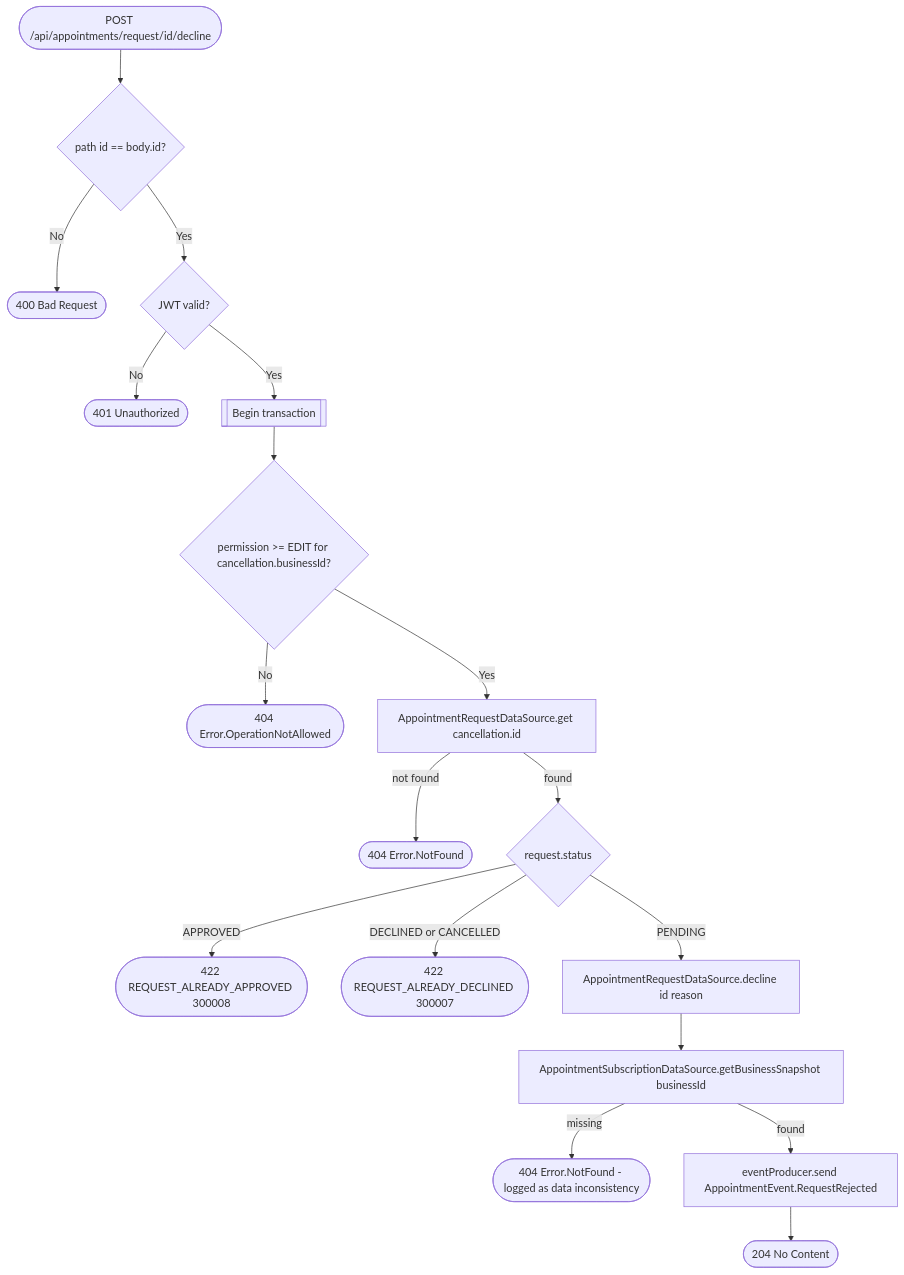
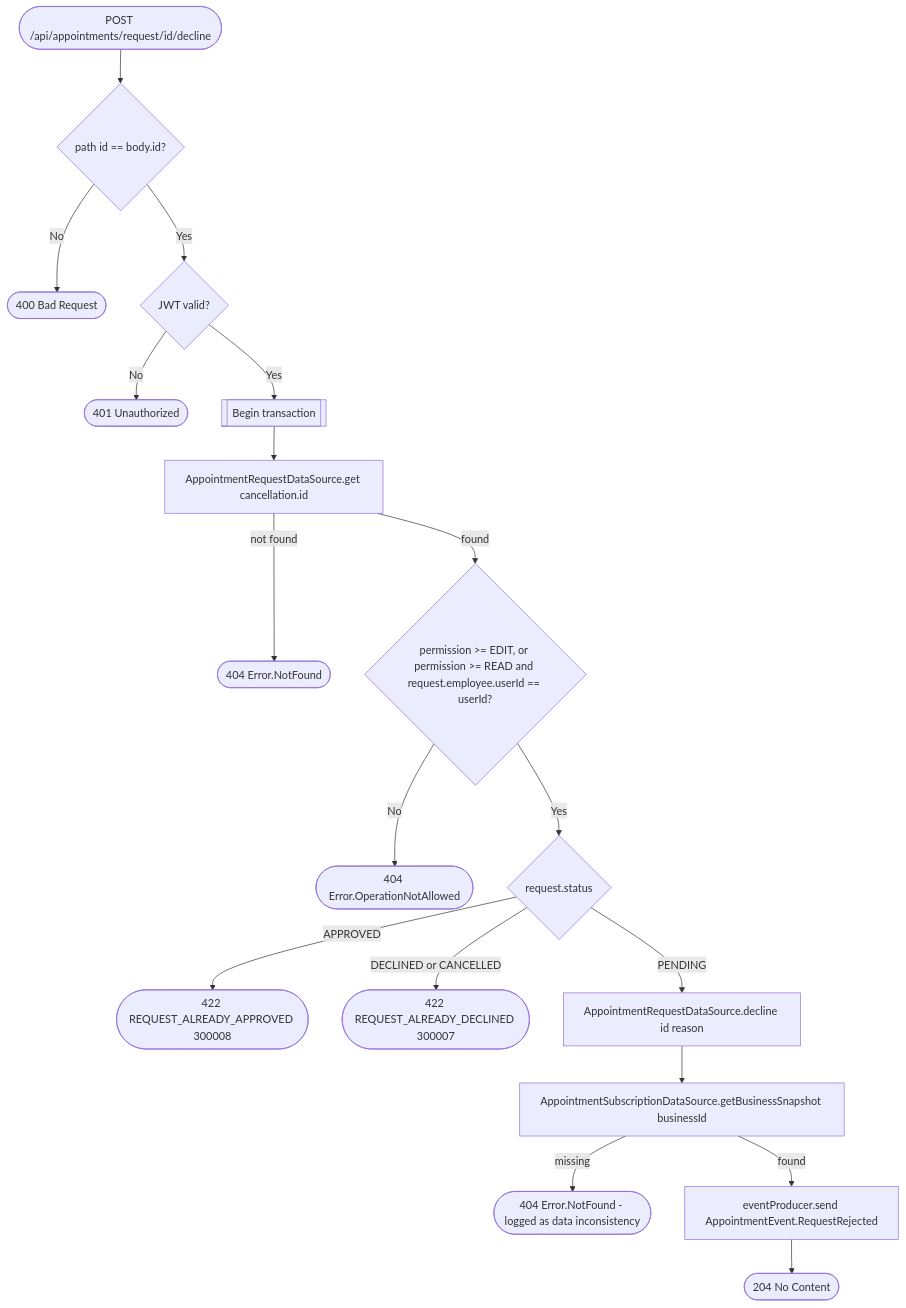
Before and after one commit to an22/bookk.me-backend: the diagram in docs/operations/appointments/decline-appointment-request.md, drawn with Mermaid. The commit also changed other lines of this file and 55 other files, not shown here.

Commit message:
[ISSUE-89] add permission so employee can change its own records even with READ permissions

````diff
--- a/docs/operations/appointments/decline-appointment-request.md
+++ b/docs/operations/appointments/decline-appointment-request.md
@@ -9,20 +12,20 @@
 ```mermaid
 flowchart TD
     Start([POST /api/appointments/request/id/decline]) --> PathCheck{path id == body.id?}
     PathCheck -- No --> R400([400 Bad Request])
     PathCheck -- Yes --> Auth{JWT valid?}
     Auth -- No --> R401([401 Unauthorized])
     Auth -- Yes --> Tx[[Begin transaction]]
-    Tx --> Perm{permission >= EDIT for cancellation.businessId?}
+    Tx --> Get[AppointmentRequestDataSource.get cancellation.id]
+    Get -- not found --> R404b([404 Error.NotFound])
+    Get -- found --> Perm{permission >= EDIT, or permission >= READ and request.employee.userId == userId?}
     Perm -- No --> R404a([404 Error.OperationNotAllowed])
-    Perm -- Yes --> Get[AppointmentRequestDataSource.get cancellation.id]
-    Get -- not found --> R404b([404 Error.NotFound])
-    Get -- found --> Status{request.status}
+    Perm -- Yes --> Status{request.status}
     Status -- APPROVED --> R422a([422 REQUEST_ALREADY_APPROVED 300008])
     Status -- DECLINED or CANCELLED --> R422b([422 REQUEST_ALREADY_DECLINED 300007])
     Status -- PENDING --> Decline[AppointmentRequestDataSource.decline id reason]
     Decline --> Snapshot[AppointmentSubscriptionDataSource.getBusinessSnapshot businessId]
     Snapshot -- missing --> R404c([404 Error.NotFound - logged as data inconsistency])
     Snapshot -- found --> Event[eventProducer.send AppointmentEvent.RequestRejected]
     Event --> R204([204 No Content])
 ```
````
